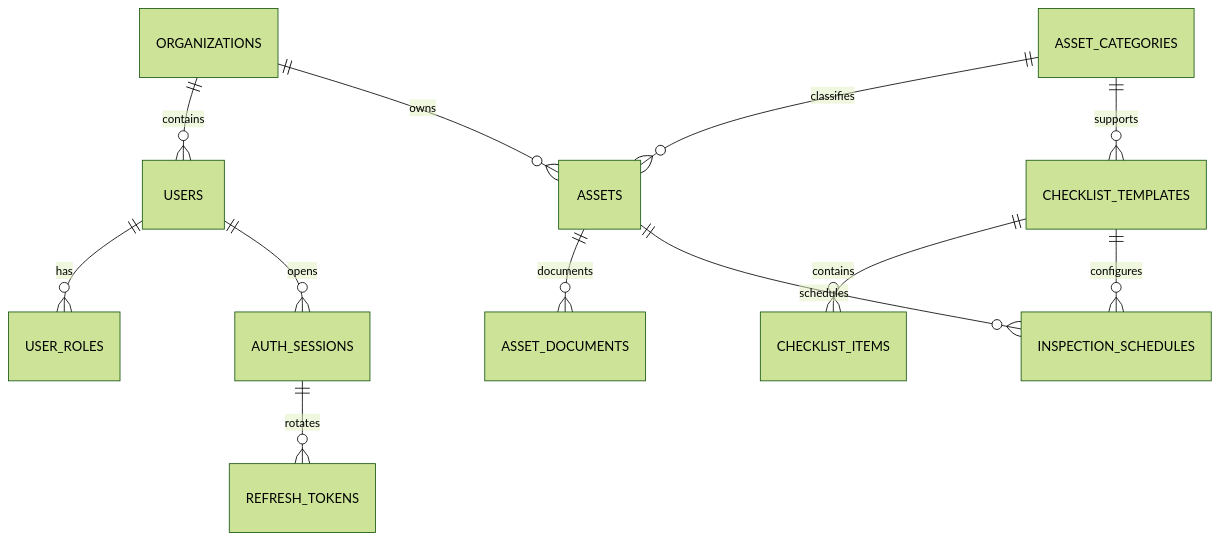
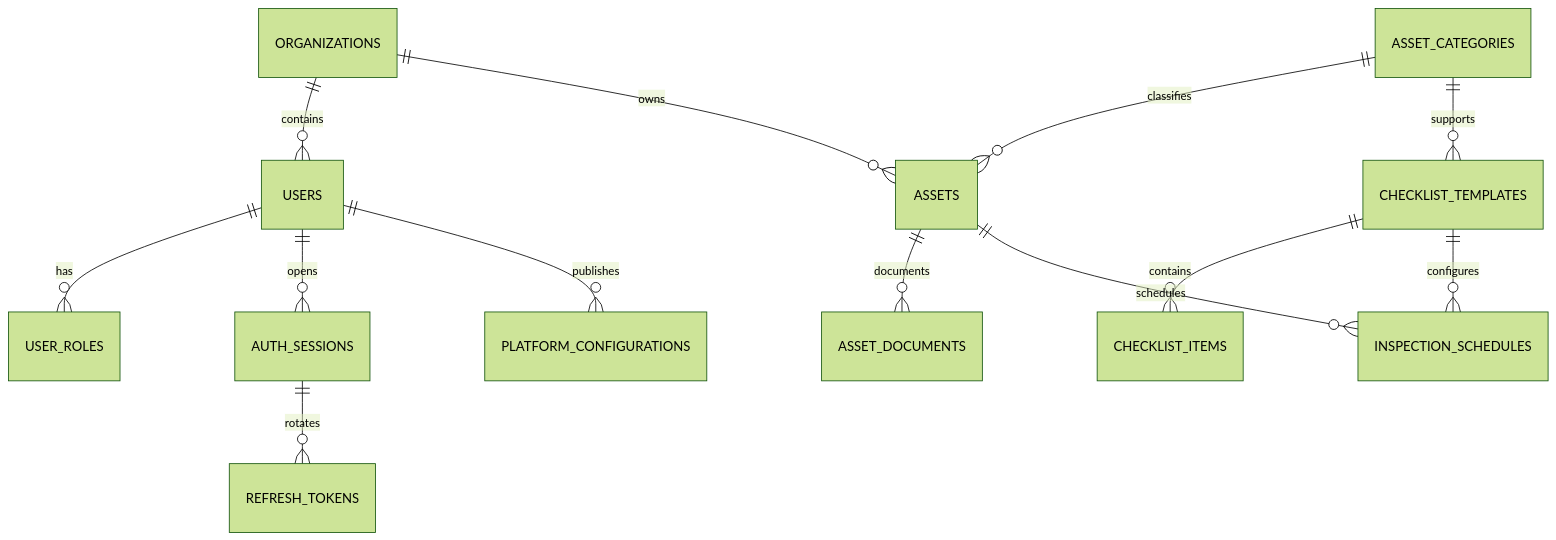
Before and after one commit to tungbach12/SmartDroneInspection-Docs: the first of 4 diagrams in project-reference/database-design.md, drawn with Mermaid (forest theme). The commit also changed other lines of this file and 2 other files, not shown here.

Commit message:
docs(flows): make drone planning core and policies configurable

````diff
--- a/project-reference/database-design.md
+++ b/project-reference/database-design.md
@@ -86,14 +87,15 @@
 ```mermaid
 erDiagram
     ORGANIZATIONS ||--o{ USERS : contains
     USERS ||--o{ USER_ROLES : has
     USERS ||--o{ AUTH_SESSIONS : opens
     AUTH_SESSIONS ||--o{ REFRESH_TOKENS : rotates
+    USERS ||--o{ PLATFORM_CONFIGURATIONS : publishes
     ORGANIZATIONS ||--o{ ASSETS : owns
     ASSET_CATEGORIES ||--o{ ASSETS : classifies
     ASSET_CATEGORIES ||--o{ CHECKLIST_TEMPLATES : supports
     CHECKLIST_TEMPLATES ||--o{ CHECKLIST_ITEMS : contains
     ASSETS ||--o{ ASSET_DOCUMENTS : documents
     ASSETS ||--o{ INSPECTION_SCHEDULES : schedules
     CHECKLIST_TEMPLATES ||--o{ INSPECTION_SCHEDULES : configures
 ```
````
